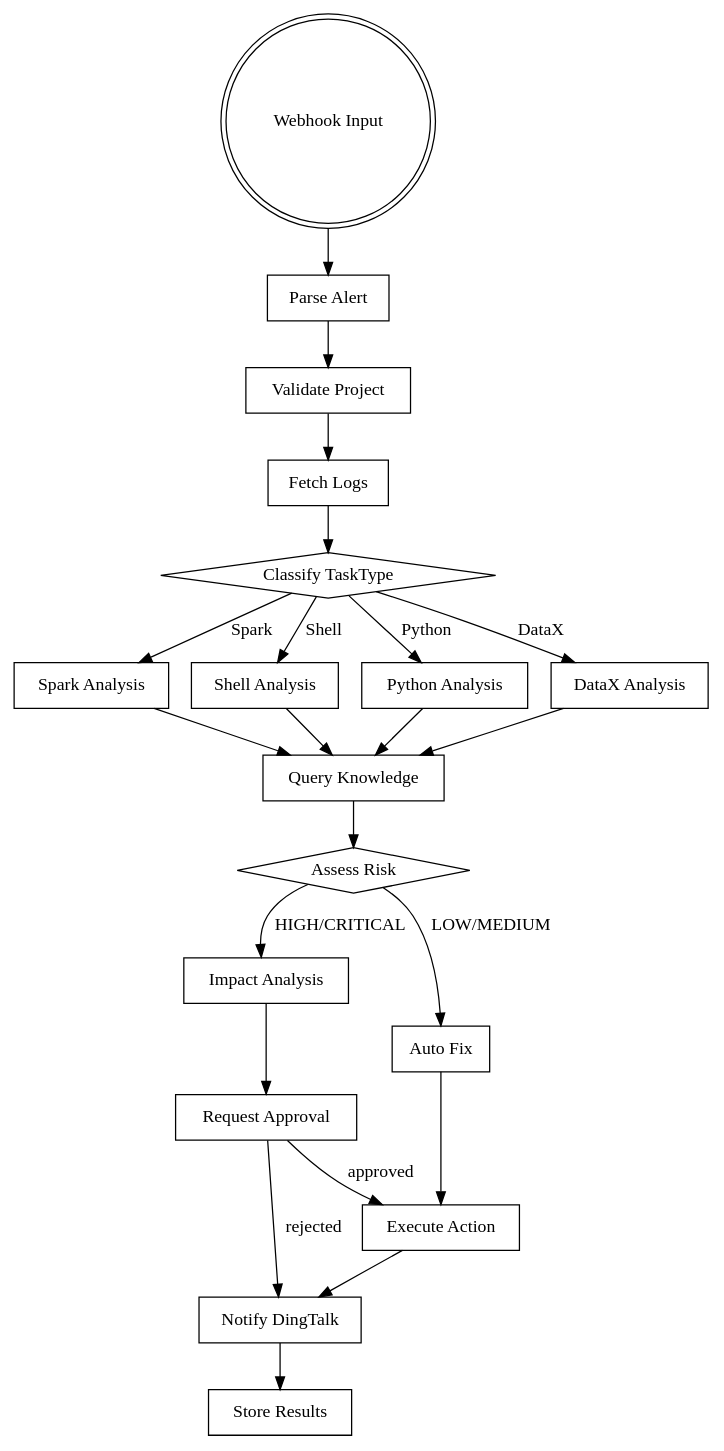
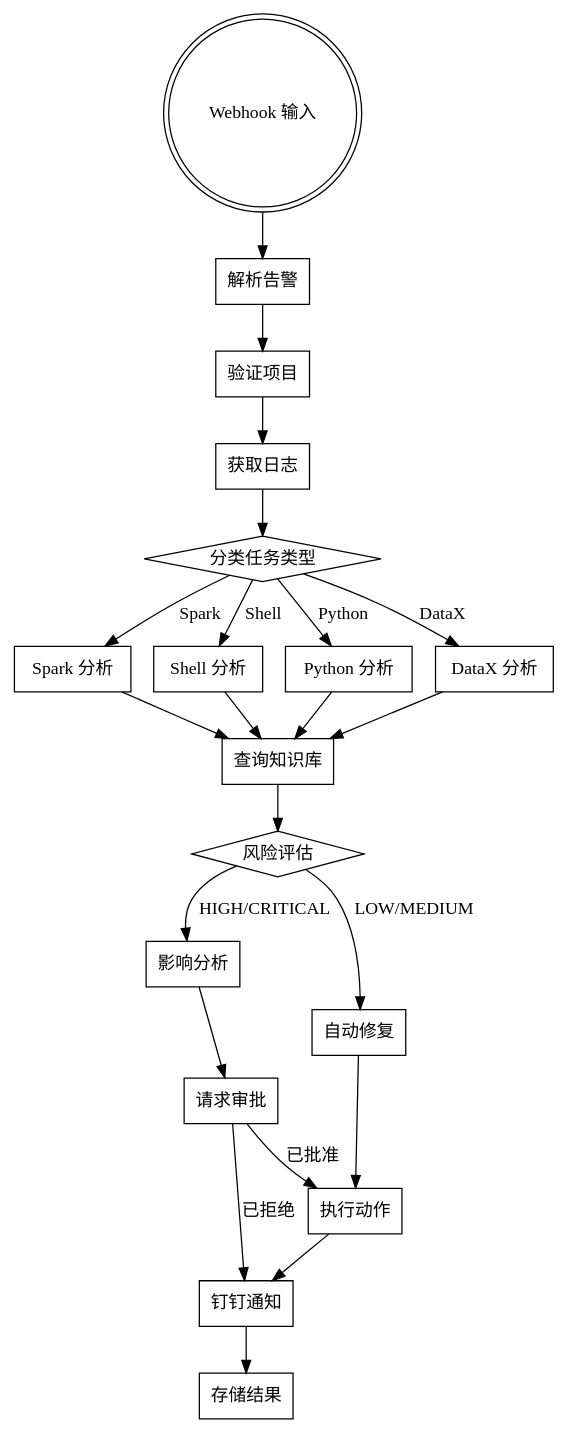
The first of 2 diagrams in docs/specs/2026-05-07-alert-automation-design.md (1193346101/dolphinscheduler-agent), drawn with Graphviz before and after one commit. The commit also changed other lines of this file, not shown here.

````diff
--- a/docs/specs/2026-05-07-alert-automation-design.md
+++ b/docs/specs/2026-05-07-alert-automation-design.md
@@ -11,45 +11,45 @@
 ```dot
 digraph alert_flow {
     rankdir=TB;
 
-    "Webhook Input" [shape=doublecircle];
-    "Parse Alert" [shape=box];
-    "Validate Project" [shape=box];
-    "Fetch Logs" [shape=box];
-    "Classify TaskType" [shape=diamond];
-    "Spark Analysis" [shape=box];
-    "Shell Analysis" [shape=box];
-    "Python Analysis" [shape=box];
-    "DataX Analysis" [shape=box];
-    "Query Knowledge" [shape=box];
-    "Assess Risk" [shape=diamond];
-    "Impact Analysis" [shape=box];
-    "Auto Fix" [shape=box];
-    "Request Approval" [shape=box];
-    "Execute Action" [shape=box];
-    "Notify DingTalk" [shape=box];
-    "Store Results" [shape=box];
+    "Webhook 输入" [shape=doublecircle];
+    "解析告警" [shape=box];
+    "验证项目" [shape=box];
+    "获取日志" [shape=box];
+    "分类任务类型" [shape=diamond];
+    "Spark 分析" [shape=box];
+    "Shell 分析" [shape=box];
+    "Python 分析" [shape=box];
+    "DataX 分析" [shape=box];
+    "查询知识库" [shape=box];
+    "风险评估" [shape=diamond];
+    "影响分析" [shape=box];
+    "自动修复" [shape=box];
+    "请求审批" [shape=box];
+    "执行动作" [shape=box];
+    "钉钉通知" [shape=box];
+    "存储结果" [shape=box];
 
-    "Webhook Input" -> "Parse Alert";
-    "Parse Alert" -> "Validate Project";
-    "Validate Project" -> "Fetch Logs";
-    "Fetch Logs" -> "Classify TaskType";
-    "Classify TaskType" -> "Spark Analysis" [label="Spark"];
-    "Classify TaskType" -> "Shell Analysis" [label="Shell"];
-    "Classify TaskType" -> "Python Analysis" [label="Python"];
-    "Classify TaskType" -> "DataX Analysis" [label="DataX"];
-    "Spark Analysis" -> "Query Knowledge";
-    "Shell Analysis" -> "Query Knowledge";
-    "Python Analysis" -> "Query Knowledge";
-    "DataX Analysis" -> "Query Knowledge";
-    "Query Knowledge" -> "Assess Risk";
-    "Assess Risk" -> "Impact Analysis" [label="HIGH/CRITICAL"];
-    "Impact Analysis" -> "Request Approval";
-    "Assess Risk" -> "Auto Fix" [label="LOW/MEDIUM"];
-    "Auto Fix" -> "Execute Action";
-    "Request Approval" -> "Execute Action" [label="approved"];
-    "Request Approval" -> "Notify DingTalk" [label="rejected"];
-    "Execute Action" -> "Notify DingTalk";
-    "Notify DingTalk" -> "Store Results";
+    "Webhook 输入" -> "解析告警";
+    "解析告警" -> "验证项目";
+    "验证项目" -> "获取日志";
+    "获取日志" -> "分类任务类型";
+    "分类任务类型" -> "Spark 分析" [label="Spark"];
+    "分类任务类型" -> "Shell 分析" [label="Shell"];
+    "分类任务类型" -> "Python 分析" [label="Python"];
+    "分类任务类型" -> "DataX 分析" [label="DataX"];
+    "Spark 分析" -> "查询知识库";
+    "Shell 分析" -> "查询知识库";
+    "Python 分析" -> "查询知识库";
+    "DataX 分析" -> "查询知识库";
+    "查询知识库" -> "风险评估";
+    "风险评估" -> "影响分析" [label="HIGH/CRITICAL"];
+    "影响分析" -> "请求审批";
+    "风险评估" -> "自动修复" [label="LOW/MEDIUM"];
+    "自动修复" -> "执行动作";
+    "请求审批" -> "执行动作" [label="已批准"];
+    "请求审批" -> "钉钉通知" [label="已拒绝"];
+    "执行动作" -> "钉钉通知";
+    "钉钉通知" -> "存储结果";
 }
 ```
````
